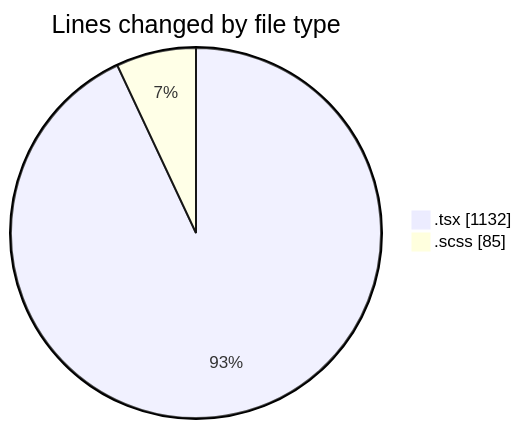
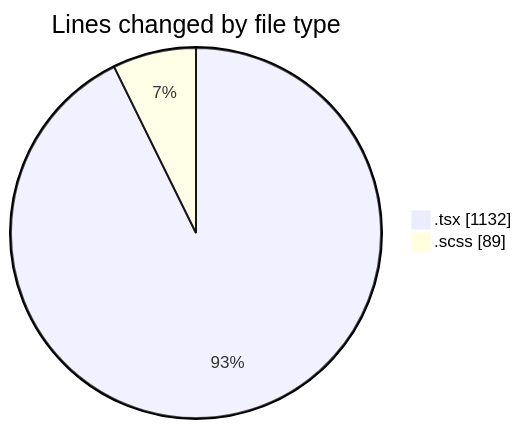
Before and after one commit to momahboobian/code-tracking: the first of 2 diagrams in 2025-06-17/cda/README.md, drawn with Mermaid. The commit also changed other lines of this file and 1 other file, not shown here.

````diff
--- a/2025-06-17/cda/README.md
+++ b/2025-06-17/cda/README.md
@@ -23,6 +23,6 @@
 ```mermaid
 pie showData
 title Lines changed by file type
 ".tsx" : 1132
-".scss" : 85
+".scss" : 89
 ```
````
